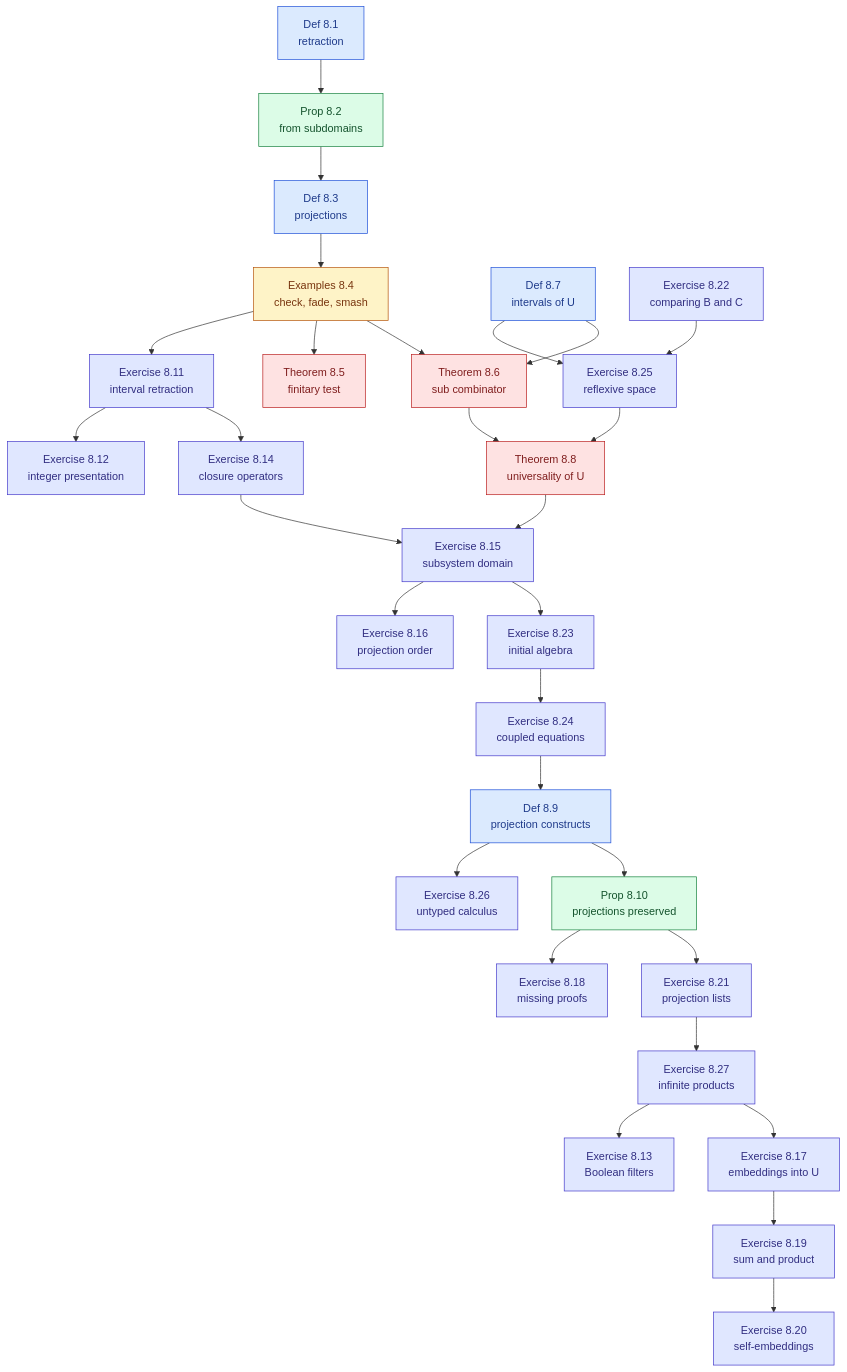
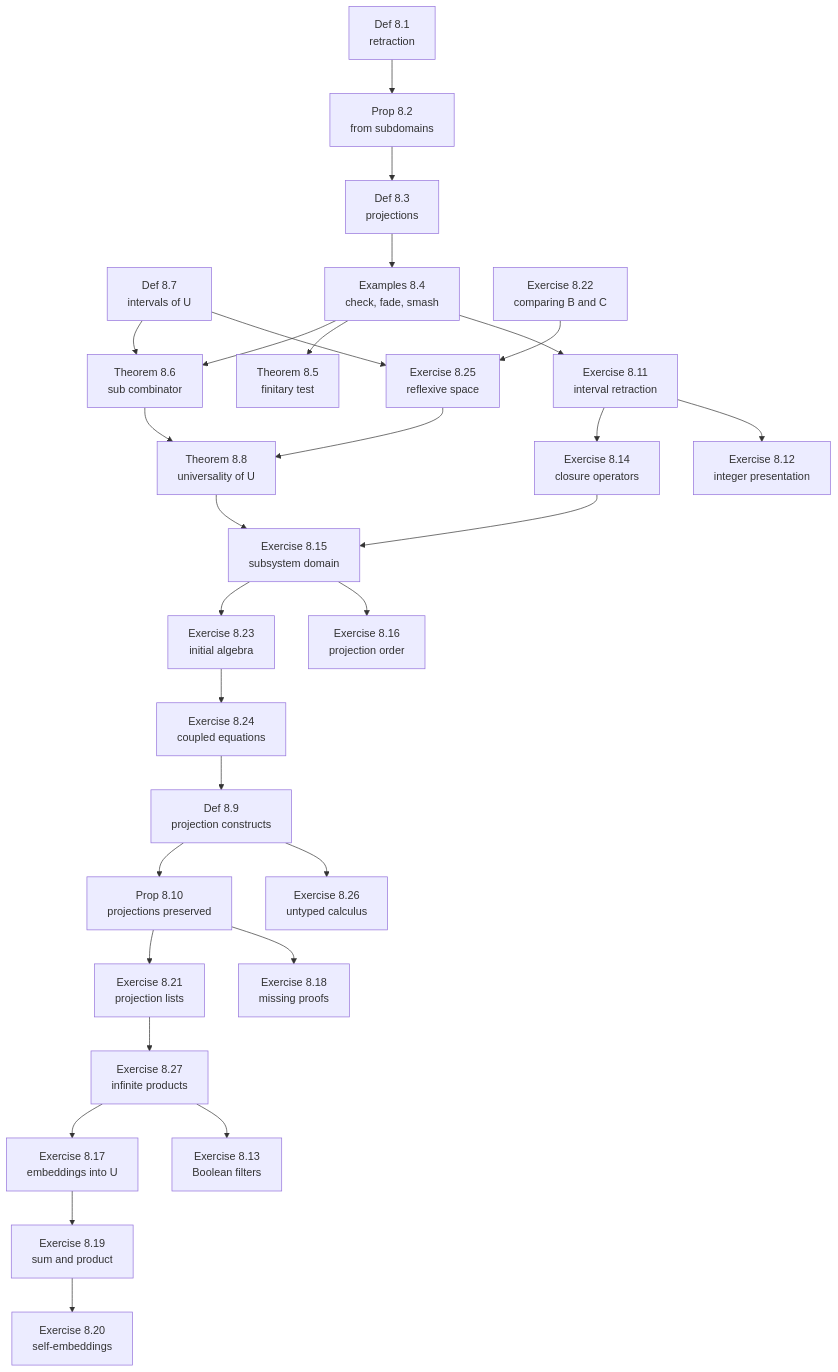
Before and after one commit to catskillsresearch/DomainTheory: the diagram in DomainTheory/NeighbourhoodSystems/RetractsOfTheUniversalDomain/1980_Retracts_of_the_universal_domain.mermaid, drawn with Mermaid. The commit also changed 448 other files, not shown here.

First line of the commit message:
Improve arxiv flatten/PDF pipeline and refresh dependency diagrams.

```diff
--- a/DomainTheory/NeighbourhoodSystems/RetractsOfTheUniversalDomain/1980_Retracts_of_the_universal_domain.mermaid
+++ b/DomainTheory/NeighbourhoodSystems/RetractsOfTheUniversalDomain/1980_Retracts_of_the_universal_domain.mermaid
@@ -1,96 +1,68 @@
 %% Each box is one item. The arrowhead is on the item that imports.
 %% An arrow already implied by a longer path is omitted.
 %% The introduction has no Lean file, so it is not shown.
-%%{init: {"flowchart": {"wrappingWidth": 2000}}}%%
 flowchart TB
 
   Definition_8_1["Def 8.1<br>retraction"]
-  Proposition_8_2["Prop 8.2<br>from subdomains"]
   Definition_8_3["Def 8.3<br>projections"]
+  Definition_8_7["Def 8.7<br>intervals of U"]
+  Definition_8_9["Def 8.9<br>projection constructs"]
   Examples_8_4["Examples 8.4<br>check, fade, smash"]
-  Theorem_8_5["Theorem 8.5<br>finitary test"]
-  Theorem_8_6["Theorem 8.6<br>sub combinator"]
-  Definition_8_7["Def 8.7<br>intervals of U"]
-  Theorem_8_8["Theorem 8.8<br>universality of U"]
-  Definition_8_9["Def 8.9<br>projection constructs"]
-  Proposition_8_10["Prop 8.10<br>projections preserved"]
   Exercise_8_11["Exercise 8.11<br>interval retraction"]
   Exercise_8_12["Exercise 8.12<br>integer presentation"]
   Exercise_8_13["Exercise 8.13<br>Boolean filters"]
   Exercise_8_14["Exercise 8.14<br>closure operators"]
   Exercise_8_15["Exercise 8.15<br>subsystem domain"]
   Exercise_8_16["Exercise 8.16<br>projection order"]
   Exercise_8_17["Exercise 8.17<br>embeddings into U"]
   Exercise_8_18["Exercise 8.18<br>missing proofs"]
   Exercise_8_19["Exercise 8.19<br>sum and product"]
   Exercise_8_20["Exercise 8.20<br>self-embeddings"]
   Exercise_8_21["Exercise 8.21<br>projection lists"]
   Exercise_8_22["Exercise 8.22<br>comparing B and C"]
   Exercise_8_23["Exercise 8.23<br>initial algebra"]
   Exercise_8_24["Exercise 8.24<br>coupled equations"]
   Exercise_8_25["Exercise 8.25<br>reflexive space"]
   Exercise_8_26["Exercise 8.26<br>untyped calculus"]
   Exercise_8_27["Exercise 8.27<br>infinite products"]
+  Proposition_8_10["Prop 8.10<br>projections preserved"]
+  Proposition_8_2["Prop 8.2<br>from subdomains"]
+  Theorem_8_5["Theorem 8.5<br>finitary test"]
+  Theorem_8_6["Theorem 8.6<br>sub combinator"]
+  Theorem_8_8["Theorem 8.8<br>universality of U"]
 
-  Definition_8_1 --> Proposition_8_2
+  Proposition_8_2 --> Definition_8_3
+  Exercise_8_24 --> Definition_8_9
   Definition_8_3 --> Examples_8_4
-  Definition_8_7 --> Exercise_8_25
-  Definition_8_7 --> Theorem_8_6
-  Definition_8_9 --> Exercise_8_26
-  Definition_8_9 --> Proposition_8_10
   Examples_8_4 --> Exercise_8_11
-  Examples_8_4 --> Theorem_8_5
-  Examples_8_4 --> Theorem_8_6
   Exercise_8_11 --> Exercise_8_12
+  Exercise_8_27 --> Exercise_8_13
   Exercise_8_11 --> Exercise_8_14
   Exercise_8_14 --> Exercise_8_15
+  Theorem_8_8 --> Exercise_8_15
   Exercise_8_15 --> Exercise_8_16
-  Exercise_8_15 --> Exercise_8_23
+  Exercise_8_27 --> Exercise_8_17
+  Proposition_8_10 --> Exercise_8_18
   Exercise_8_17 --> Exercise_8_19
   Exercise_8_19 --> Exercise_8_20
+  Proposition_8_10 --> Exercise_8_21
+  Exercise_8_15 --> Exercise_8_23
+  Exercise_8_23 --> Exercise_8_24
+  Definition_8_7 --> Exercise_8_25
+  Exercise_8_22 --> Exercise_8_25
+  Definition_8_9 --> Exercise_8_26
   Exercise_8_21 --> Exercise_8_27
-  Exercise_8_22 --> Exercise_8_25
-  Exercise_8_23 --> Exercise_8_24
-  Exercise_8_24 --> Definition_8_9
+  Definition_8_9 --> Proposition_8_10
+  Definition_8_1 --> Proposition_8_2
+  Examples_8_4 --> Theorem_8_5
+  Definition_8_7 --> Theorem_8_6
+  Examples_8_4 --> Theorem_8_6
   Exercise_8_25 --> Theorem_8_8
-  Exercise_8_27 --> Exercise_8_13
-  Exercise_8_27 --> Exercise_8_17
-  Proposition_8_10 --> Exercise_8_18
-  Proposition_8_10 --> Exercise_8_21
-  Proposition_8_2 --> Definition_8_3
   Theorem_8_6 --> Theorem_8_8
-  Theorem_8_8 --> Exercise_8_15
 
+%%{init: {"flowchart": {"wrappingWidth": 2000}}}%%
   classDef cdef fill:#dbeafe,stroke:#1d4ed8,color:#1e3a8a
   classDef cprop fill:#dcfce7,stroke:#15803d,color:#14532d
   classDef cexs fill:#fef3c7,stroke:#b45309,color:#78350f
   classDef cex fill:#e0e7ff,stroke:#4338ca,color:#312e81
   classDef cthm fill:#fee2e2,stroke:#b91c1c,color:#7f1d1d
-
-  class Definition_8_1 cdef
-  class Proposition_8_2 cprop
-  class Definition_8_3 cdef
-  class Examples_8_4 cexs
-  class Theorem_8_5 cthm
-  class Theorem_8_6 cthm
-  class Definition_8_7 cdef
-  class Theorem_8_8 cthm
-  class Definition_8_9 cdef
-  class Proposition_8_10 cprop
-  class Exercise_8_11 cex
-  class Exercise_8_12 cex
-  class Exercise_8_13 cex
-  class Exercise_8_14 cex
-  class Exercise_8_15 cex
-  class Exercise_8_16 cex
-  class Exercise_8_17 cex
-  class Exercise_8_18 cex
-  class Exercise_8_19 cex
-  class Exercise_8_20 cex
-  class Exercise_8_21 cex
-  class Exercise_8_22 cex
-  class Exercise_8_23 cex
-  class Exercise_8_24 cex
-  class Exercise_8_25 cex
-  class Exercise_8_26 cex
-  class Exercise_8_27 cex
```
